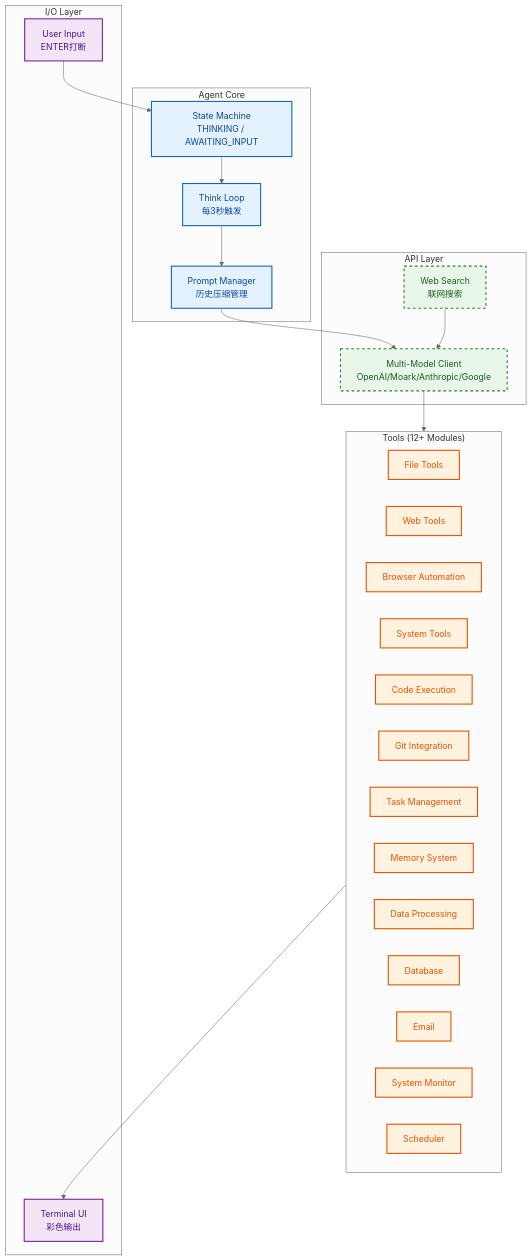
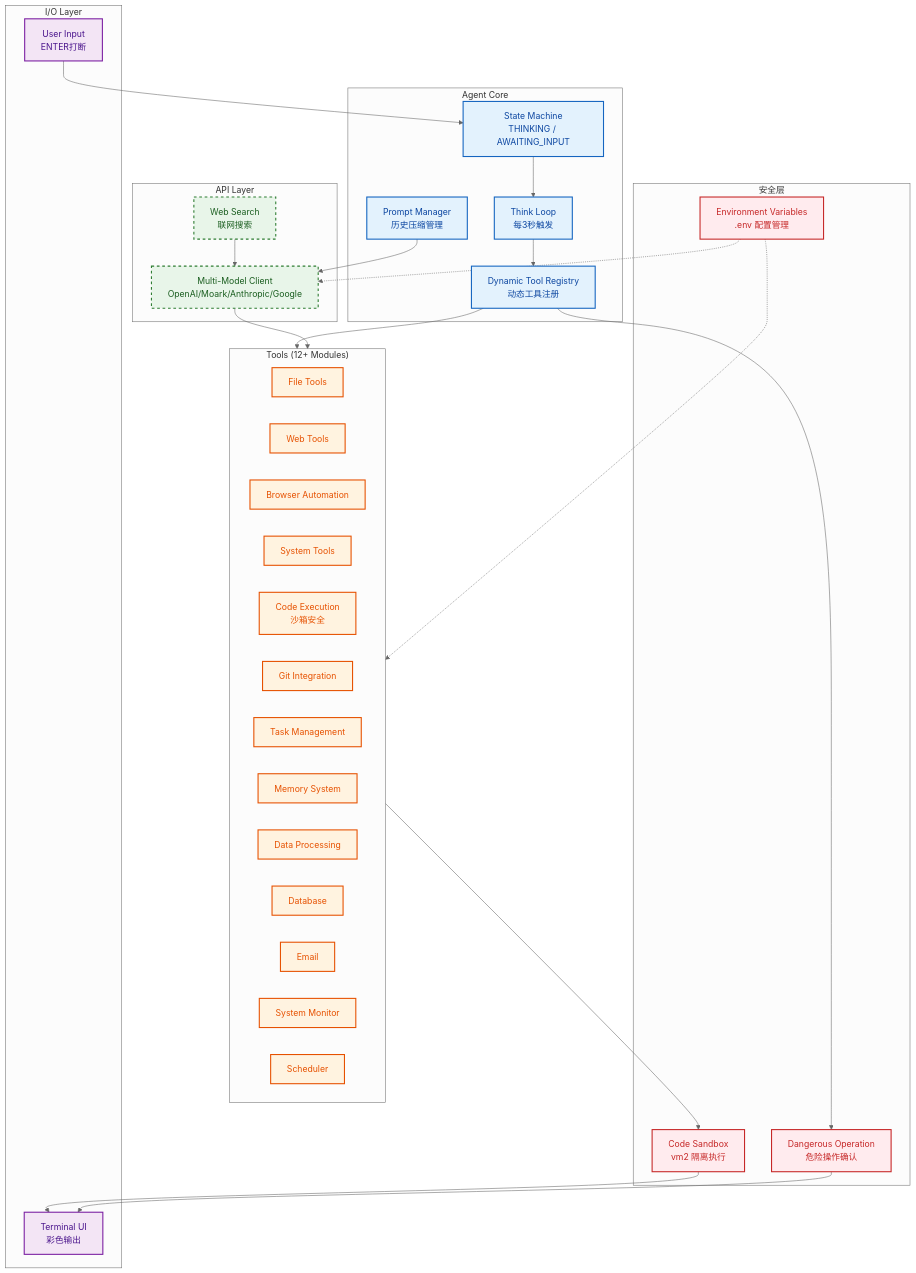
One commit to 1486853830/CogitoAgent changed the diagram in README.md. Above: the diagram before and after it, drawn with Mermaid (neutral theme). The commit also changed other lines of this file and 20 other files, not shown here.

````diff
--- a/README.md
+++ b/README.md
@@ -351,47 +358,61 @@
 ```mermaid
 graph TD
     classDef core fill:#e3f2fd,stroke:#1565c0,stroke-width:2px,color:#0d47a1
     classDef tools fill:#fff3e0,stroke:#e65100,stroke-width:2px,color:#e65100
     classDef io fill:#f3e5f5,stroke:#7b1fa2,stroke-width:2px,color:#4a148c
     classDef api fill:#e8f5e9,stroke:#2e7d32,stroke-width:2px,stroke-dasharray: 5 5,color:#1b5e20
+    classDef security fill:#ffebee,stroke:#c62828,stroke-width:2px,color:#c62828
 
     subgraph Core ["Agent Core"]
         StateMachine["State Machine<br/>THINKING / AWAITING_INPUT"]:::core
         ThinkLoop["Think Loop<br/>每3秒触发"]:::core
         PromptMgr["Prompt Manager<br/>历史压缩管理"]:::core
+        ToolRegistry["Dynamic Tool Registry<br/>动态工具注册"]:::core
     end
 
     subgraph Tools ["Tools (12+ Modules)"]
         FileTools["File Tools"]:::tools
         WebTools["Web Tools"]:::tools
         BrowserTools["Browser Automation"]:::tools
         SystemTools["System Tools"]:::tools
-        CodeTools["Code Execution"]:::tools
+        CodeTools["Code Execution<br/>沙箱安全"]:::tools
         GitTools["Git Integration"]:::tools
         TaskTools["Task Management"]:::tools
         MemoryTools["Memory System"]:::tools
         DataTools["Data Processing"]:::tools
         DbTools["Database"]:::tools
         EmailTools["Email"]:::tools
         MonitorTools["System Monitor"]:::tools
         SchedulerTools["Scheduler"]:::tools
+    end
+
+    subgraph Security ["安全层"]
+        Sandbox["Code Sandbox<br/>vm2 隔离执行"]:::security
+        EnvManager["Environment Variables<br/>.env 配置管理"]:::security
+        ConfirmGate["Dangerous Operation<br/>危险操作确认"]:::security
     end
 
     subgraph IO ["I/O Layer"]
         Terminal["Terminal UI<br/>彩色输出"]:::io
         UserInput["User Input<br/>ENTER打断"]:::io
     end
 
     subgraph API ["API Layer"]
         Client["Multi-Model Client<br/>OpenAI/Moark/Anthropic/Google"]:::api
         WebSearch["Web Search<br/>联网搜索"]:::api
     end
 
     UserInput --> StateMachine
     StateMachine --> ThinkLoop
-    ThinkLoop --> PromptMgr
+    ThinkLoop --> ToolRegistry
+    ToolRegistry --> Tools
+    Tools --> Sandbox
+    Sandbox --> Terminal
+    ToolRegistry --> ConfirmGate
+    ConfirmGate --> Terminal
     PromptMgr --> Client
     Client --> Tools
-    Tools --> Terminal
     WebSearch --> Client
+    EnvManager -.-> Client
+    EnvManager -.-> Tools
 ```
````
